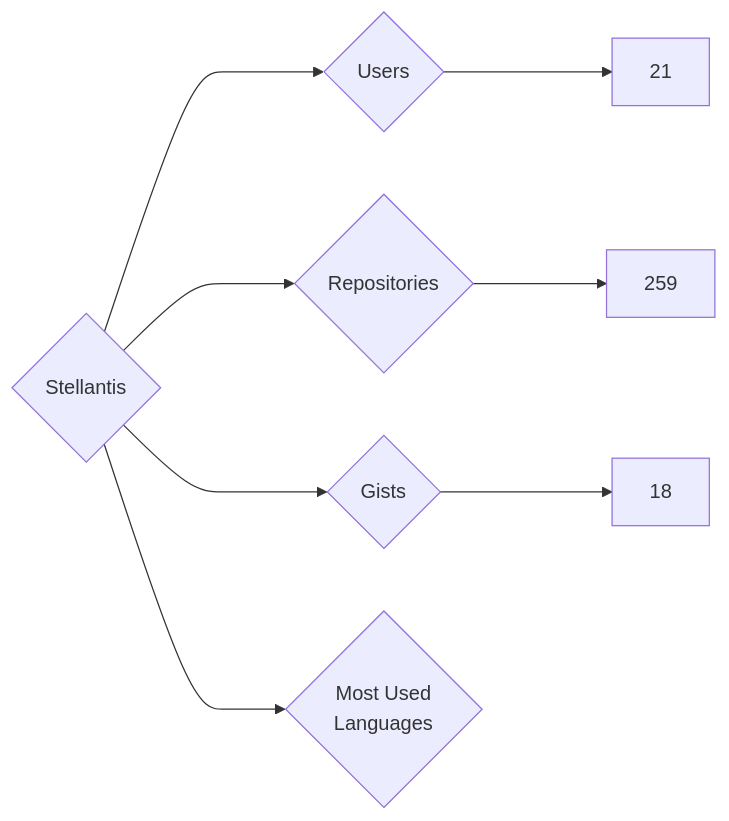
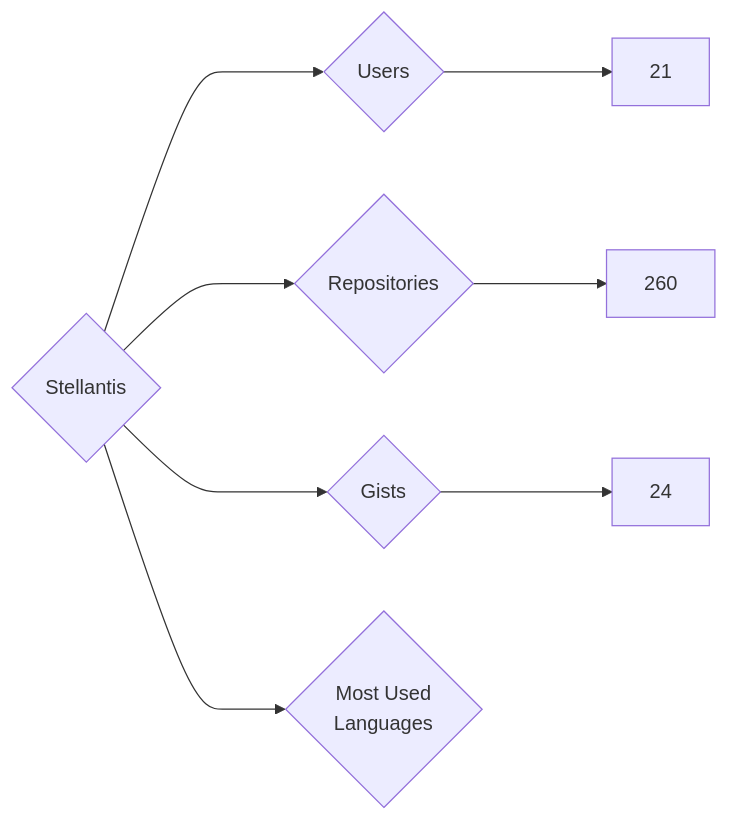
Before and after one commit to nenadzaric/insiders: the diagram in targets/Stellantis/README.md, drawn with Mermaid. The commit also changed 1342 other files, not shown here.

````diff
--- a/targets/Stellantis/README.md
+++ b/targets/Stellantis/README.md
@@ -3,8 +3,8 @@
 ```mermaid
 graph LR
 COMPANY_NAME{Stellantis}
 COMPANY_NAME ---> U{Users} ---> UN[21]
-COMPANY_NAME ---> R{Repositories} ---> RN[259]
-COMPANY_NAME ---> G{Gists} ---> GN[18]
+COMPANY_NAME ---> R{Repositories} ---> RN[260]
+COMPANY_NAME ---> G{Gists} ---> GN[24]
 COMPANY_NAME ---> ML{Most Used<br>Languages}
 ```
````
